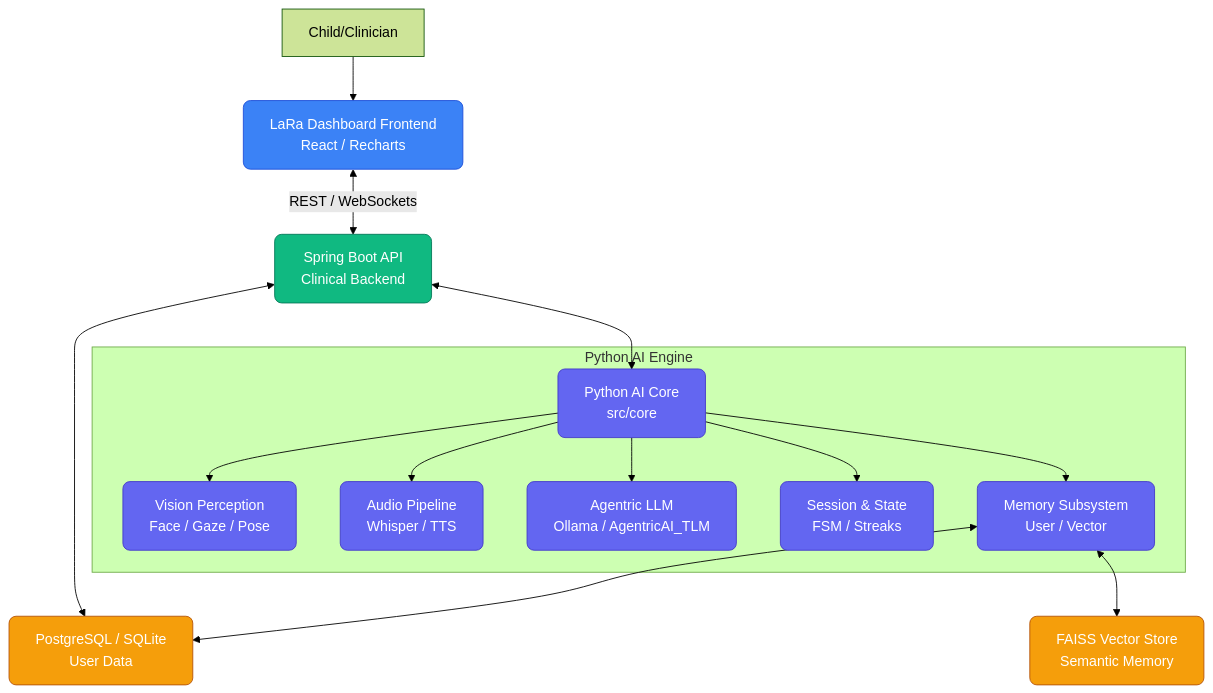
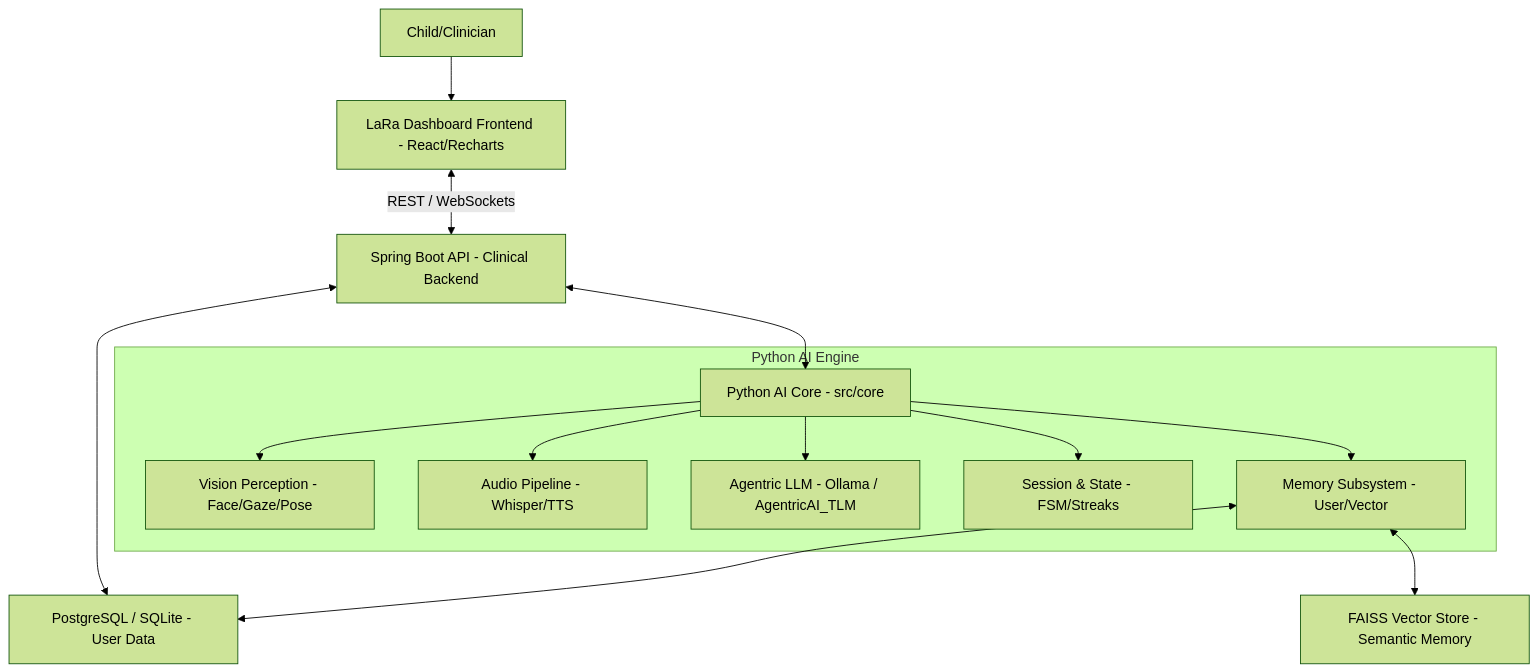
One commit to deepanmpc/LaRa changed the first of 10 diagrams in ARCHITECTURE.md. Above: the diagram before and after it, drawn with Mermaid (forest theme). The commit also changed other lines of this file, not shown here.

Commit message:
refactor: simplify Mermaid diagrams by removing styling classes and cleaning up node labels

````diff
--- a/ARCHITECTURE.md
+++ b/ARCHITECTURE.md
@@ -6,24 +6,19 @@
 ```mermaid
 graph TD
-    classDef frontend fill:#3b82f6,stroke:#1d4ed8,color:#fff,rx:8px,ry:8px;
-    classDef backend fill:#10b981,stroke:#047857,color:#fff,rx:8px,ry:8px;
-    classDef ai fill:#6366f1,stroke:#4338ca,color:#fff,rx:8px,ry:8px;
-    classDef db fill:#f59e0b,stroke:#b45309,color:#fff,rx:8px,ry:8px;
-
-    User[Child/Clinician] --> Dash[LaRa Dashboard Frontend<br>React / Recharts]:::frontend
-    Dash <-- REST / WebSockets --> Spring[Spring Boot API<br>Clinical Backend]:::backend
+    User[Child/Clinician] --> Dash[LaRa Dashboard Frontend - React/Recharts]
+    Dash <-- REST / WebSockets --> Spring[Spring Boot API - Clinical Backend]
     
-    Spring <--> core[Python AI Core<br>src/core]:::ai
+    Spring <--> core[Python AI Core - src/core]
     
-    subgraph Python AI Engine
-        core --> vision[Vision Perception<br>Face / Gaze / Pose]:::ai
-        core --> voice[Audio Pipeline<br>Whisper / TTS]:::ai
-        core --> llm[Agentric LLM<br>Ollama / AgentricAI_TLM]:::ai
-        core --> session[Session & State<br>FSM / Streaks]:::ai
-        core --> memory[Memory Subsystem<br>User / Vector]:::ai
+    subgraph Python_AI_Engine [Python AI Engine]
+        core --> vision[Vision Perception - Face/Gaze/Pose]
+        core --> voice[Audio Pipeline - Whisper/TTS]
+        core --> llm[Agentric LLM - Ollama / AgentricAI_TLM]
+        core --> session[Session & State - FSM/Streaks]
+        core --> memory[Memory Subsystem - User/Vector]
     end
     
-    memory <--> pg[PostgreSQL / SQLite<br>User Data]:::db
-    memory <--> faiss[FAISS Vector Store<br>Semantic Memory]:::db
+    memory <--> pg[PostgreSQL / SQLite - User Data]
+    memory <--> faiss[FAISS Vector Store - Semantic Memory]
     Spring <--> pg
 ```
````
